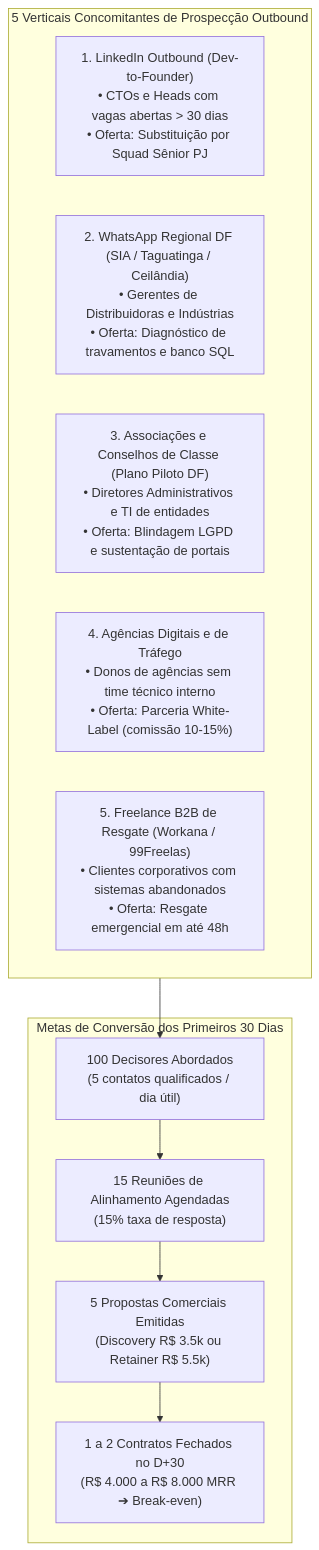
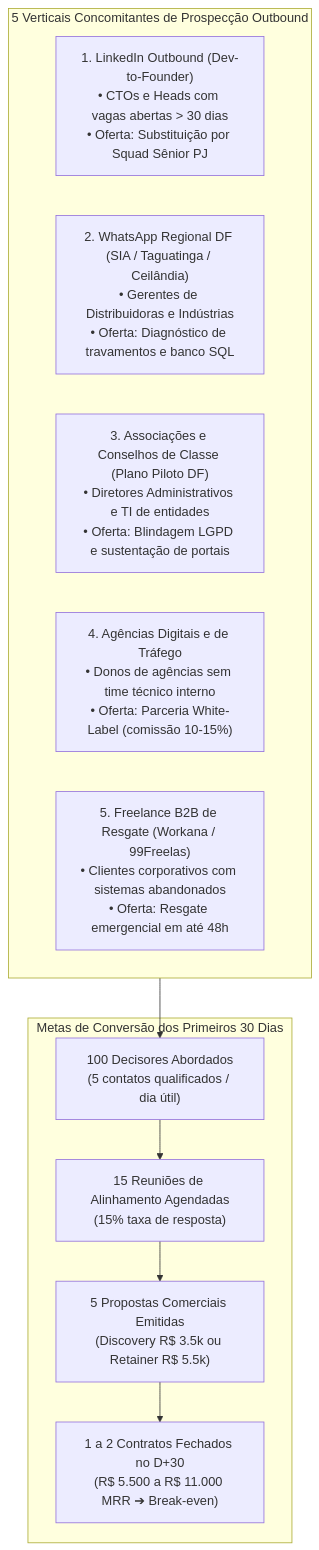
The eighth of 9 diagrams in PLANO_DE_LANCAMENTO_EMPRESARIAL.md (trd-consultoria-ti/startup), drawn with Mermaid before and after one commit. The commit also changed other lines of this file and 18 other files, not shown here.

````diff
--- a/PLANO_DE_LANCAMENTO_EMPRESARIAL.md
+++ b/PLANO_DE_LANCAMENTO_EMPRESARIAL.md
@@ -385,18 +385,18 @@
 ```mermaid
 flowchart TD
     subgraph Canais ["5 Verticais Concomitantes de Prospecção Outbound"]
         C1["1. LinkedIn Outbound (Dev-to-Founder)\n• CTOs e Heads com vagas abertas > 30 dias\n• Oferta: Substituição por Squad Sênior PJ"]
         C2["2. WhatsApp Regional DF (SIA / Taguatinga / Ceilândia)\n• Gerentes de Distribuidoras e Indústrias\n• Oferta: Diagnóstico de travamentos e banco SQL"]
         C3["3. Associações e Conselhos de Classe (Plano Piloto DF)\n• Diretores Administrativos e TI de entidades\n• Oferta: Blindagem LGPD e sustentação de portais"]
         C4["4. Agências Digitais e de Tráfego\n• Donos de agências sem time técnico interno\n• Oferta: Parceria White-Label (comissão 10-15%)"]
         C5["5. Freelance B2B de Resgate (Workana / 99Freelas)\n• Clientes corporativos com sistemas abandonados\n• Oferta: Resgate emergencial em até 48h"]
     end
 
     subgraph Funil ["Metas de Conversão dos Primeiros 30 Dias"]
         F_TOPO["100 Decisores Abordados\n(5 contatos qualificados / dia útil)"] --> F_MEIO["15 Reuniões de Alinhamento Agendadas\n(15% taxa de resposta)"]
         F_MEIO --> F_PROP["5 Propostas Comerciais Emitidas\n(Discovery R$ 3.5k ou Retainer R$ 5.5k)"]
-        F_PROP --> F_FECH["1 a 2 Contratos Fechados no D+30\n(R$ 4.000 a R$ 8.000 MRR ➔ Break-even)"]
+        F_PROP --> F_FECH["1 a 2 Contratos Fechados no D+30\n(R$ 5.500 a R$ 11.000 MRR ➔ Break-even)"]
     end
 
     Canais --> F_TOPO
 ```
````
